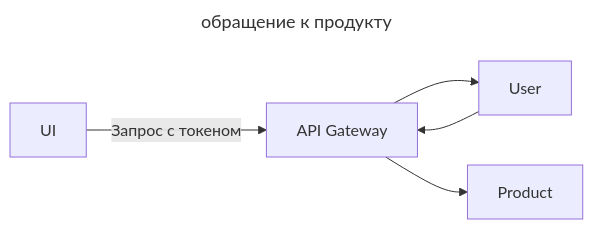
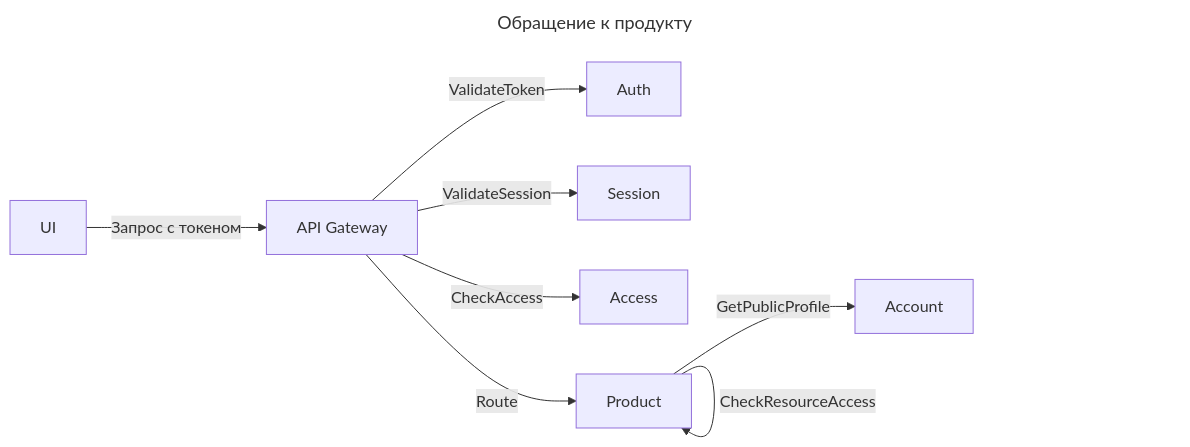
Before and after one commit to HotCucumber1/account: diagram 12 of 13 in task1/schema.md, drawn with Mermaid. The commit also changed other lines of this file and 1 other file, not shown here.

Commit message:
[schema] Вторая версия схемы

````diff
--- a/task1/schema.md
+++ b/task1/schema.md
@@ -200,14 +475,13 @@
 ```mermaid
 ---
-title: обращение к продукту
+title: Обращение к продукту
 ---
 flowchart LR
-    A[UI]
-    B[API Gateway]
-    C[User]
-    D[Product]
-    A -->|Запрос с токеном| B
-    B --> C
-    C --> B
-    B --> D
+    A[UI] -->|Запрос с токеном| B[API Gateway]
+    B -->|ValidateToken| U[Auth]
+    B -->|ValidateSession| S[Session]
+    B -->|CheckAccess| Z[Access]
+    B -->|Route| P[Product]
+    P -->|GetPublicProfile| C[Account]
+    P -->|CheckResourceAccess| P
 ```
````
